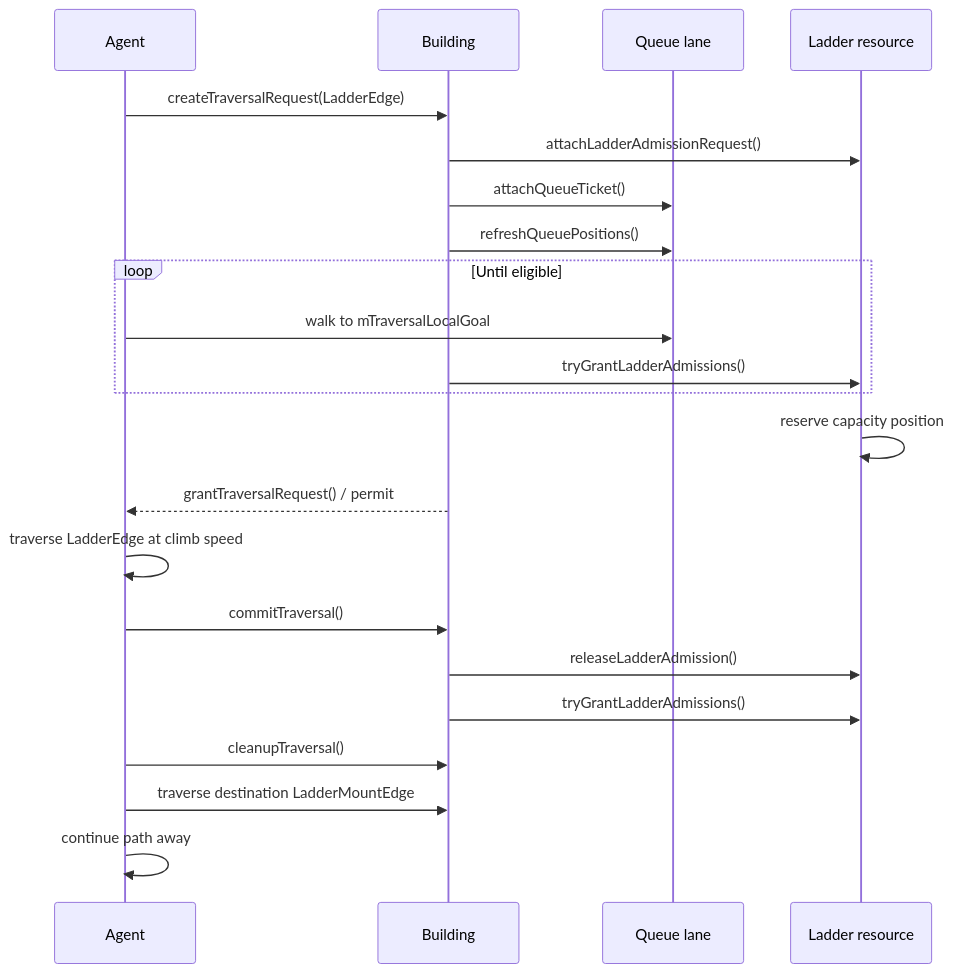
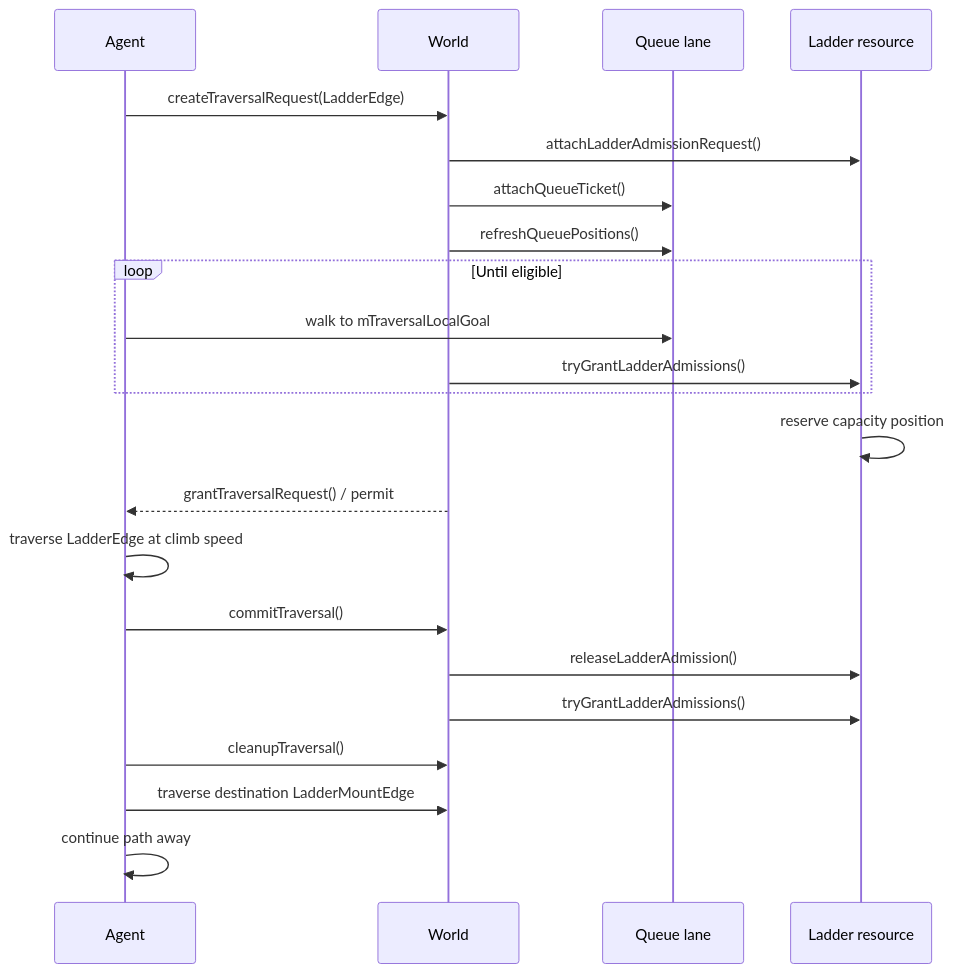
The fourth of 4 diagrams in docs/sector-ladder-agent-flow.md (ajare/prometheum-fermide), drawn with Mermaid before and after one commit. The commit also changed other lines of this file and 190 other files, not shown here.

First line of the commit message:
Rename Building aggregate to World

````diff
--- a/docs/sector-ladder-agent-flow.md
+++ b/docs/sector-ladder-agent-flow.md
@@ -130,27 +130,27 @@
 ```mermaid
 sequenceDiagram
     participant A as Agent
-    participant B as Building
+    participant B as World
     participant Q as Queue lane
     participant R as Ladder resource
 
     A->>B: createTraversalRequest(LadderEdge)
     B->>R: attachLadderAdmissionRequest()
     B->>Q: attachQueueTicket()
     B->>Q: refreshQueuePositions()
 
     loop Until eligible
         A->>Q: walk to mTraversalLocalGoal
         B->>R: tryGrantLadderAdmissions()
     end
 
     R->>R: reserve capacity position
     B-->>A: grantTraversalRequest() / permit
     A->>A: traverse LadderEdge at climb speed
     A->>B: commitTraversal()
     B->>R: releaseLadderAdmission()
     B->>R: tryGrantLadderAdmissions()
     A->>B: cleanupTraversal()
     A->>B: traverse destination LadderMountEdge
     A->>A: continue path away
 ```
````
